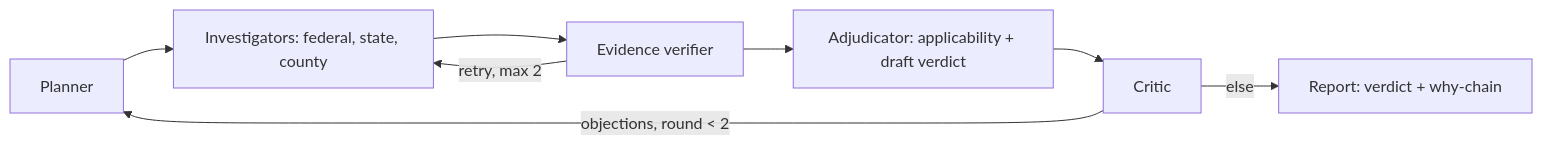
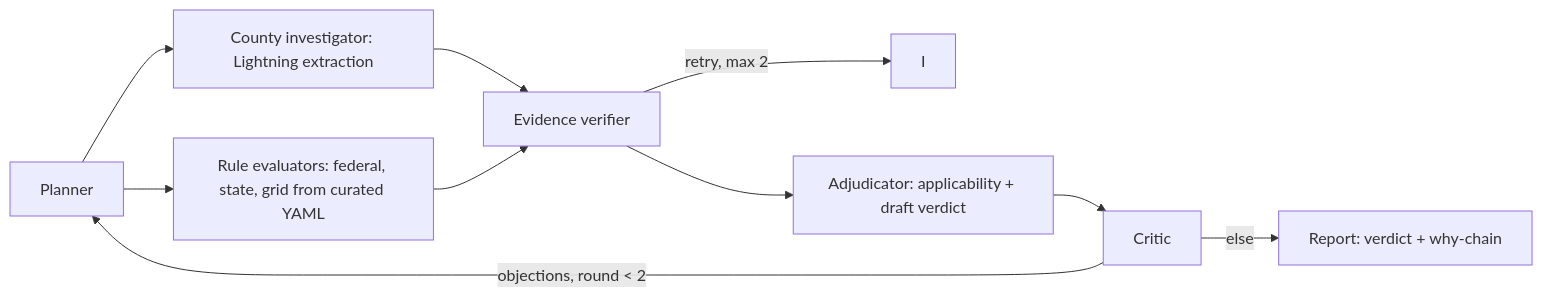
One commit to wjgoarxiv/sitewhy changed the diagram in README.md. Above: the diagram before and after it, drawn with Mermaid. The commit also changed other lines of this file, not shown here.

````diff
--- a/README.md
+++ b/README.md
@@ -28,10 +28,12 @@
 ```mermaid
 flowchart LR
-    P[Planner] --> I[Investigators: federal, state, county]
-    I --> V[Evidence verifier]
+    P[Planner] --> CI[County investigator: Lightning extraction]
+    P --> RE[Rule evaluators: federal, state, grid from curated YAML]
+    CI --> V[Evidence verifier]
+    RE --> V
     V -->|retry, max 2| I
     V --> A[Adjudicator: applicability + draft verdict]
     A --> C[Critic]
     C -->|objections, round < 2| P
     C -->|else| R[Report: verdict + why-chain]
 ```
````
